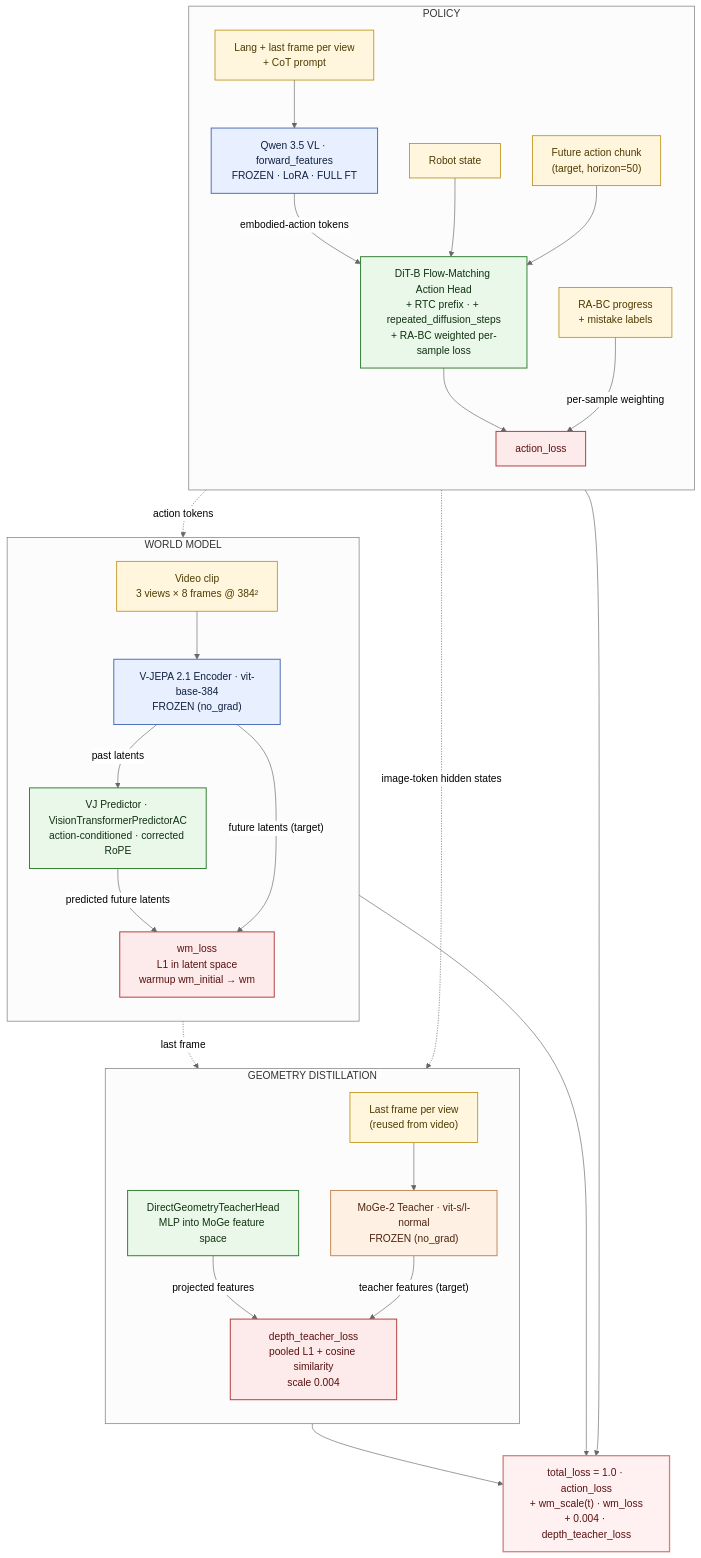
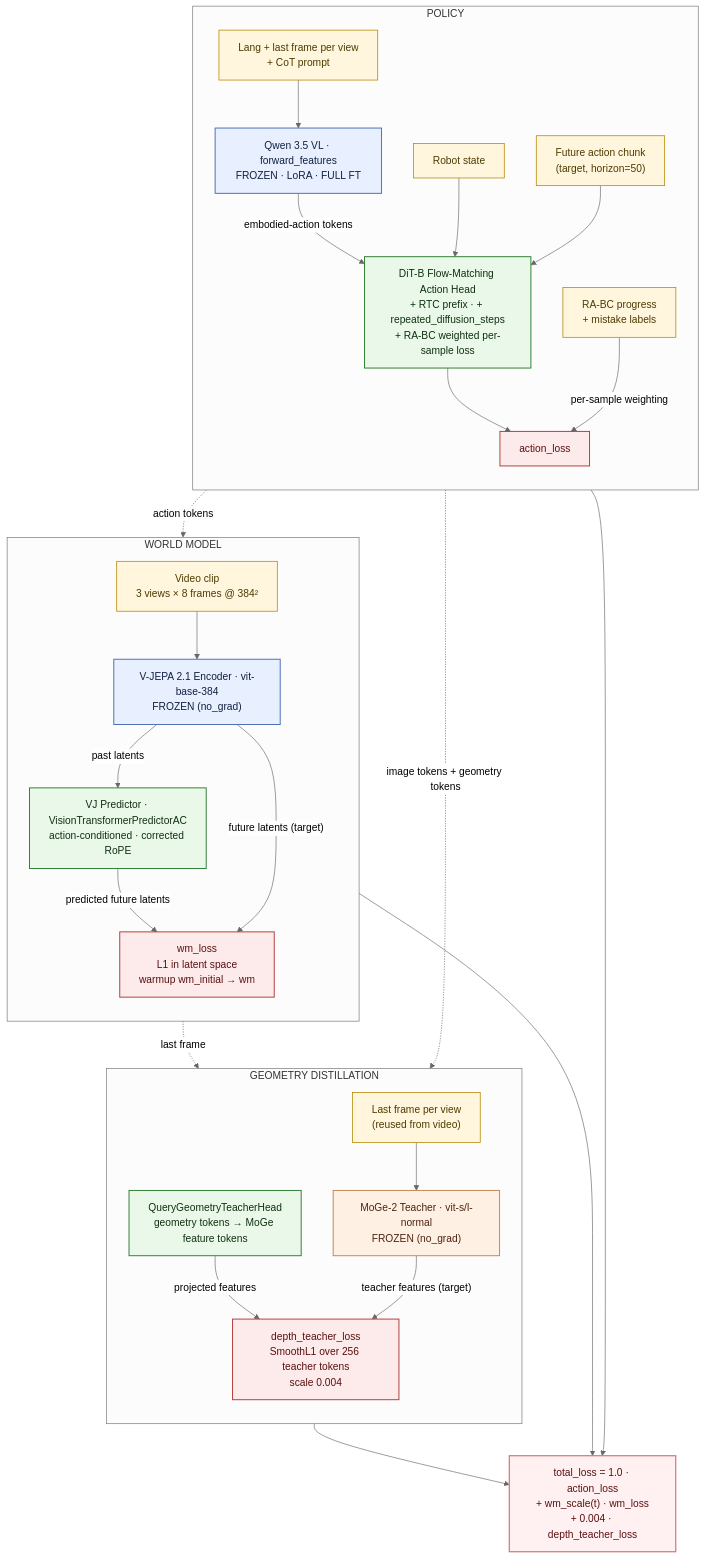
Before and after one commit to mehulsuresh/VLA-JEPA: the first of 2 diagrams in docs/vla_jepa_architecture.md, drawn with Mermaid (neutral theme). The commit also changed other lines of this file and 14 other files, not shown here.

Commit message:
Add query geometry teacher and Python 3.13 setup

````diff
--- a/docs/vla_jepa_architecture.md
+++ b/docs/vla_jepa_architecture.md
@@ -15,65 +15,65 @@
 ```mermaid
 flowchart TB
     classDef frozen fill:#e8f0ff,stroke:#4b6cb7,stroke-width:1.5px,color:#102040;
     classDef teacher fill:#fff0e4,stroke:#c28556,stroke-width:1.5px,color:#4d2410;
     classDef trainable fill:#eaf8ea,stroke:#2f7d32,stroke-width:1.5px,color:#103010;
     classDef input fill:#fff6dd,stroke:#b78900,stroke-width:1.2px,color:#4d3b00;
     classDef loss fill:#fdeaea,stroke:#b23b3b,stroke-width:1.5px,color:#5a1010;
     classDef total fill:#fff1f1,stroke:#d27e7e,stroke-width:2px,color:#5a1010;
 
     subgraph PolicyLane["POLICY"]
         direction TB
         I_lang["Lang + last frame per view<br/>+ CoT prompt"]:::input
         I_state["Robot state"]:::input
         I_future["Future action chunk<br/>(target, horizon=50)"]:::input
         I_rabc["RA-BC progress<br/>+ mistake labels"]:::input
         Qwen["Qwen 3.5 VL · forward_features<br/>FROZEN · LoRA · FULL FT"]:::frozen
         DiT["DiT-B Flow-Matching Action Head<br/>+ RTC prefix · + repeated_diffusion_steps<br/>+ RA-BC weighted per-sample loss"]:::trainable
         L_act["action_loss"]:::loss
     end
 
     subgraph WMLane["WORLD MODEL"]
         direction TB
         I_video["Video clip<br/>3 views × 8 frames @ 384²"]:::input
         VJEnc["V-JEPA 2.1 Encoder · vit-base-384<br/>FROZEN (no_grad)"]:::frozen
         VJPred["VJ Predictor · VisionTransformerPredictorAC<br/>action-conditioned · corrected RoPE"]:::trainable
         L_wm["wm_loss<br/>L1 in latent space<br/>warmup wm_initial → wm"]:::loss
     end
 
     subgraph GeoLane["GEOMETRY DISTILLATION"]
         direction TB
         I_lastframe["Last frame per view<br/>(reused from video)"]:::input
         MoGe["MoGe-2 Teacher · vit-s/l-normal<br/>FROZEN (no_grad)"]:::teacher
-        GeoHead["DirectGeometryTeacherHead<br/>MLP into MoGe feature space"]:::trainable
-        L_geo["depth_teacher_loss<br/>pooled L1 + cosine similarity<br/>scale 0.004"]:::loss
+        GeoHead["QueryGeometryTeacherHead<br/>geometry tokens → MoGe feature tokens"]:::trainable
+        L_geo["depth_teacher_loss<br/>SmoothL1 over 256 teacher tokens<br/>scale 0.004"]:::loss
     end
 
     Total["total_loss = 1.0 · action_loss<br/>+ wm_scale(t) · wm_loss<br/>+ 0.004 · depth_teacher_loss"]:::total
 
     %% Within-lane edges
     I_lang --> Qwen
     Qwen -->|"embodied-action tokens"| DiT
     I_state --> DiT
     I_future --> DiT
     DiT --> L_act
     I_rabc -->|"per-sample weighting"| L_act
 
     I_video --> VJEnc
     VJEnc -->|"past latents"| VJPred
     VJPred -->|"predicted future latents"| L_wm
     VJEnc -->|"future latents (target)"| L_wm
 
     I_lastframe --> MoGe
     GeoHead -->|"projected features"| L_geo
     MoGe -->|"teacher features (target)"| L_geo
 
     %% Cross-lane edges
     Qwen -.->|"action tokens"| VJPred
-    Qwen -.->|"image-token hidden states"| GeoHead
+    Qwen -.->|"image tokens + geometry tokens"| GeoHead
     I_video -.->|"last frame"| I_lastframe
 
     %% Combined objective
     L_act --> Total
     L_wm --> Total
     L_geo --> Total
 ```
````
